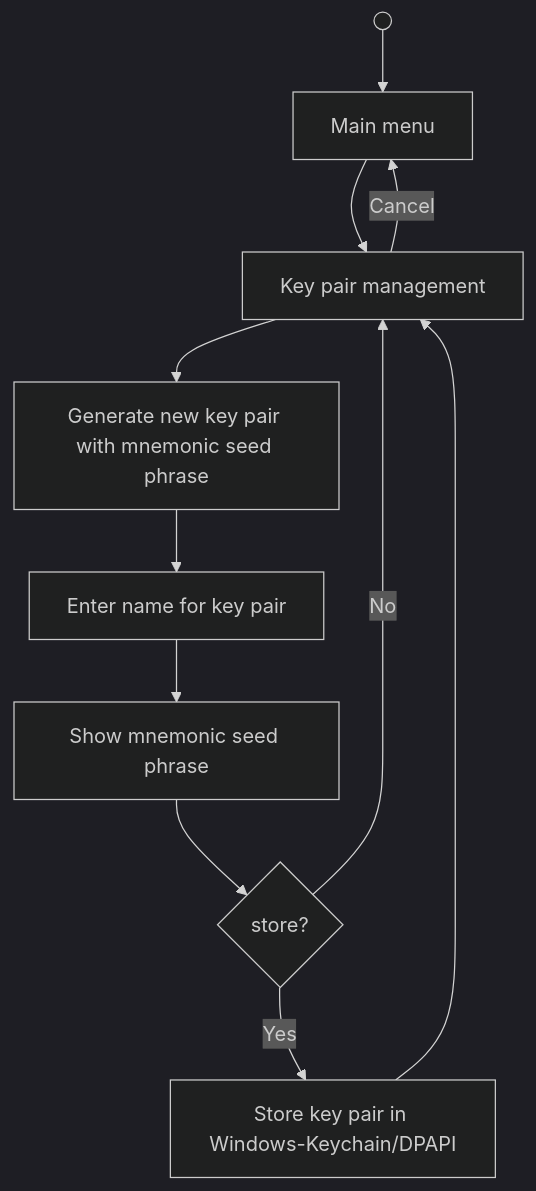
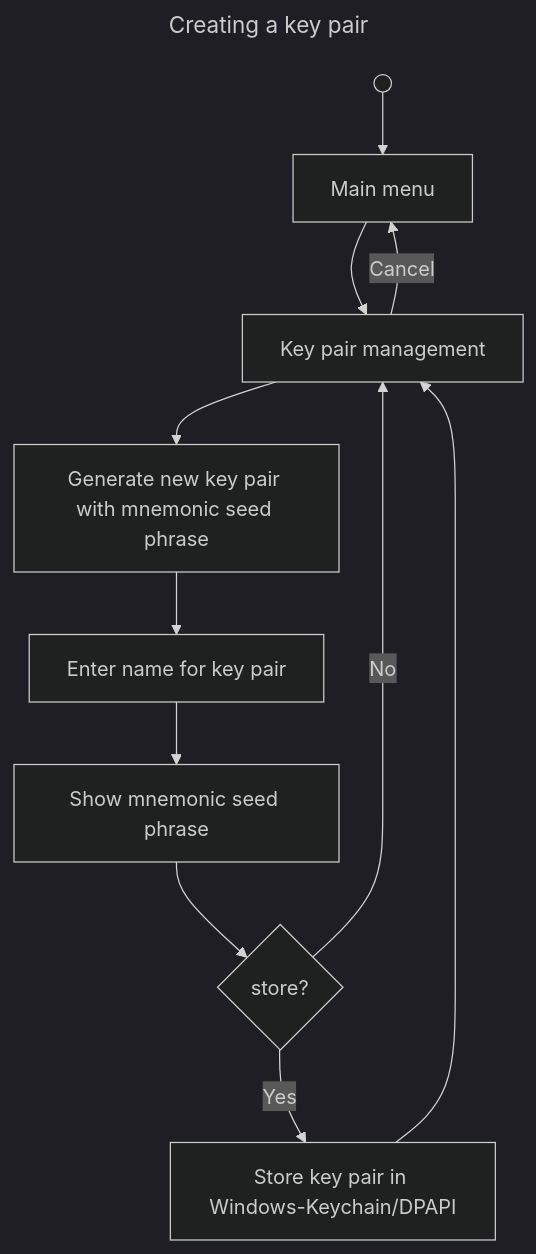
One commit to iBrotNano/blockchain_workshop_project changed the fourth of 7 diagrams in docs/specs/#1.md. Above: the diagram before and after it, drawn with Mermaid (dark theme). The commit also changed other lines of this file and 4 other files, not shown here.

````diff
--- a/docs/specs/#1.md
+++ b/docs/specs/#1.md
@@ -129,13 +135,16 @@
 ```mermaid
+---
+title: "Creating a key pair"
+---
 flowchart TD
     Start@{ shape: sm-circ, label: "Small start" } --> MainMenu["Main menu"]
     MainMenu --> KeyPairManagement["Key pair management"]
     KeyPairManagement --> GenerateKeyPair["Generate new key pair with mnemonic seed phrase"]
     GenerateKeyPair --> EnterName["Enter name for key pair"]
     EnterName --> ShowMnemonic["Show mnemonic seed phrase"]
     ShowMnemonic --> Store{"store?"}
     Store -- Yes --> StoreInKeychain["Store key pair in Windows-Keychain/DPAPI"]
     Store -- No --> KeyPairManagement
     StoreInKeychain --> KeyPairManagement
     KeyPairManagement -- Cancel --> MainMenu
 ```
````
